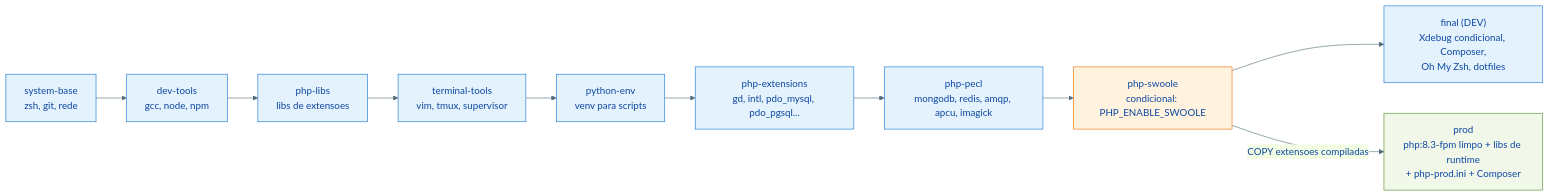
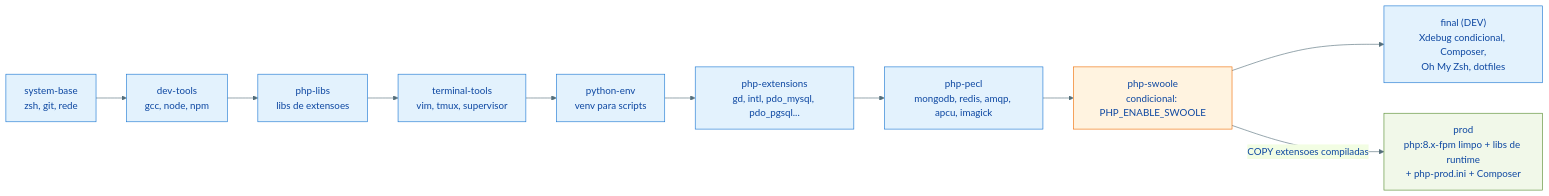
Before and after one commit to giacomeli/makephp: the second of 3 diagrams in docs/pt-br/arquitetura.md, drawn with Mermaid. The commit also changed other lines of this file and 6 other files, not shown here.

````diff
--- a/docs/pt-br/arquitetura.md
+++ b/docs/pt-br/arquitetura.md
@@ -80,20 +80,20 @@
 ```mermaid
 %%{init: {'theme':'base','themeVariables':{'primaryColor':'#E3F2FD','primaryTextColor':'#0D47A1','primaryBorderColor':'#1976D2','lineColor':'#546E7A'}}}%%
 flowchart LR
     accTitle: Estagios do build da imagem PHP
     accDescr: Cadeia linear de estagios Docker, do sistema base ate a imagem final com Composer e dotfiles. O estagio de Swoole e condicional por build arg.
 
     classDef stage fill:#E3F2FD,stroke:#1976D2
     classDef cond fill:#FFF3E0,stroke:#EF6C00
     classDef prod fill:#F1F8E9,stroke:#558B2F
 
     A["system-base<br>zsh, git, rede"]:::stage --> B["dev-tools<br>gcc, node, npm"]:::stage
     B --> C["php-libs<br>libs de extensoes"]:::stage
     C --> D["terminal-tools<br>vim, tmux, supervisor"]:::stage
     D --> E["python-env<br>venv para scripts"]:::stage
     E --> F["php-extensions<br>gd, intl, pdo_mysql, pdo_pgsql..."]:::stage
     F --> G["php-pecl<br>mongodb, redis, amqp, apcu, imagick"]:::stage
     G --> H["php-swoole<br>condicional: PHP_ENABLE_SWOOLE"]:::cond
     H --> I["final (DEV)<br>Xdebug condicional, Composer,<br>Oh My Zsh, dotfiles"]:::stage
-    H -- "COPY extensoes compiladas" --> J["prod<br>php:8.3-fpm limpo + libs de runtime<br>+ php-prod.ini + Composer"]:::prod
+    H -- "COPY extensoes compiladas" --> J["prod<br>php:8.x-fpm limpo + libs de runtime<br>+ php-prod.ini + Composer"]:::prod
 ```
````
